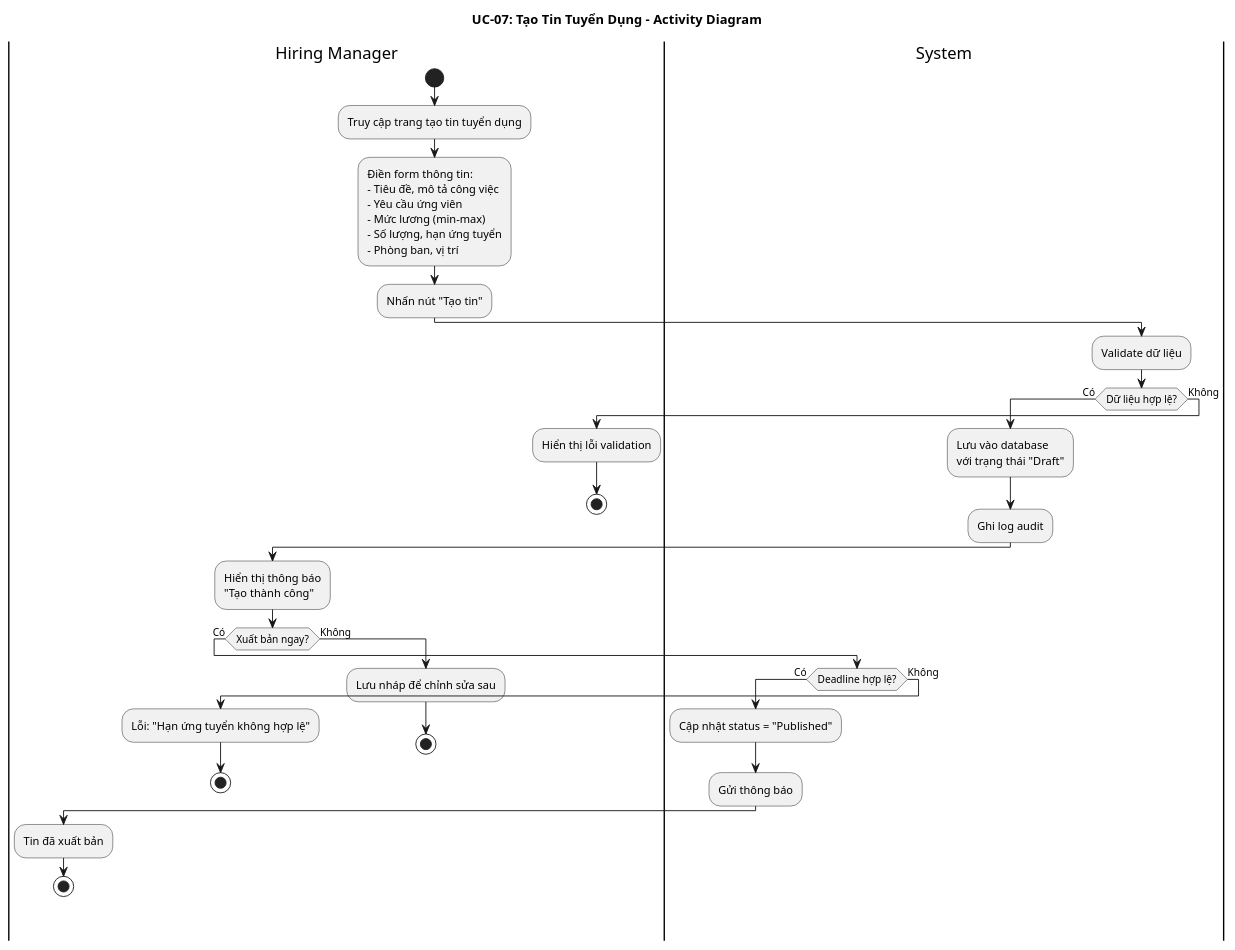
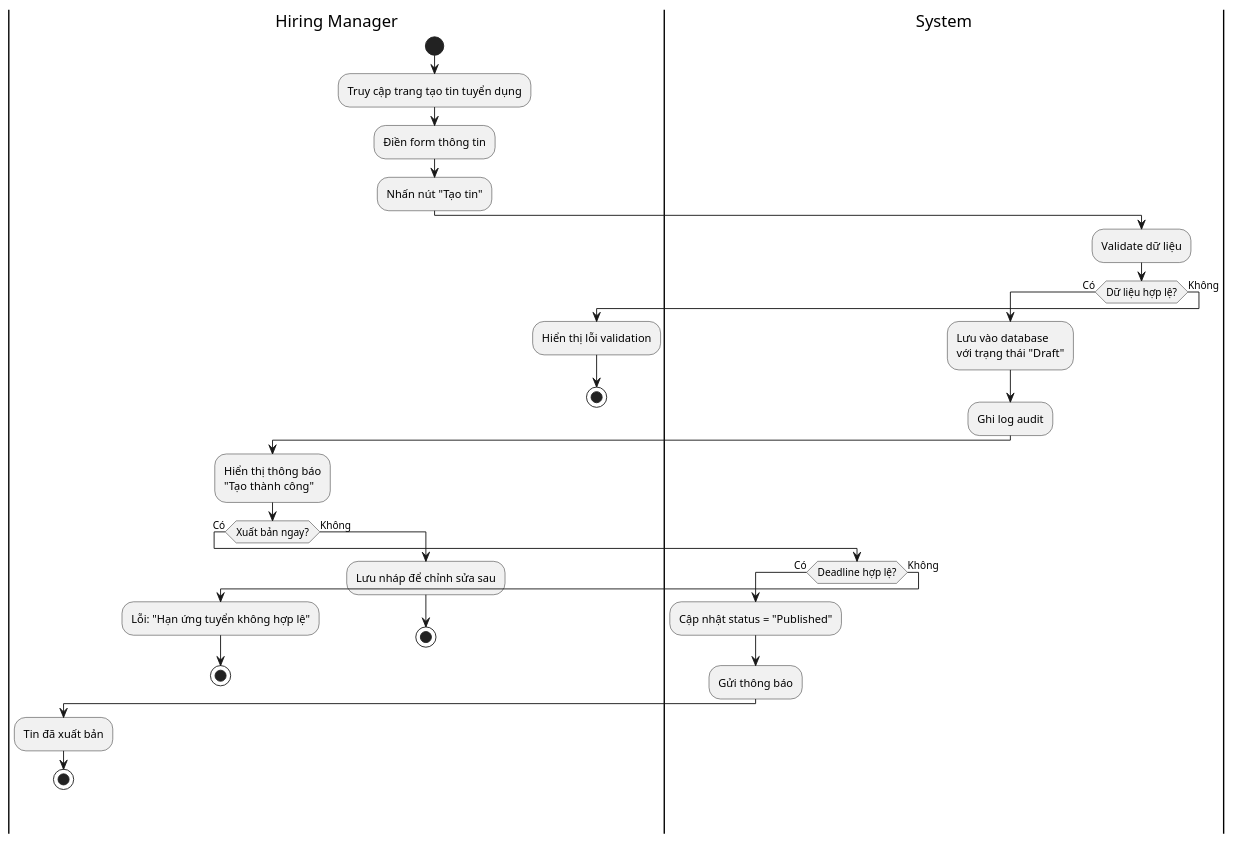
The diagram in sequence/UC-07/UC-07-activity-diagram.wsd (felix-253/TechLeet-server), drawn with PlantUML before and after one commit. The commit also changed other lines of this file and 3 other files, not shown here.

```diff
--- a/sequence/UC-07/UC-07-activity-diagram.wsd
+++ b/sequence/UC-07/UC-07-activity-diagram.wsd
@@ -1,56 +1,45 @@
-@startuml UC-07: Activity Diagram - Tạo Tin Tuyển Dụng
-
-
-
-title UC-07: Tạo Tin Tuyển Dụng - Activity Diagram
-
+@startuml
 |Hiring Manager|
 start
 
 :Truy cập trang tạo tin tuyển dụng;
 
-:Điền form thông tin:
-- Tiêu đề, mô tả công việc
-- Yêu cầu ứng viên
-- Mức lương (min-max)
-- Số lượng, hạn ứng tuyển
-- Phòng ban, vị trí;
+:Điền form thông tin;
 
 :Nhấn nút "Tạo tin";
 
 |System|
 :Validate dữ liệu;
 
 if (Dữ liệu hợp lệ?) then (Có)
   :Lưu vào database\nvới trạng thái "Draft";
   
   :Ghi log audit;
   
   |Hiring Manager|
   :Hiển thị thông báo\n"Tạo thành công";
   
   if (Xuất bản ngay?) then (Có)
     |System|
     if (Deadline hợp lệ?) then (Có)
       :Cập nhật status = "Published";
       :Gửi thông báo;
       |Hiring Manager|
       :Tin đã xuất bản;
       stop
     else (Không)
       |Hiring Manager|
       :Lỗi: "Hạn ứng tuyển không hợp lệ";
       stop
     endif
   else (Không)
     :Lưu nháp để chỉnh sửa sau;
     stop
   endif
   
 else (Không)
   |Hiring Manager|
   :Hiển thị lỗi validation;
   stop
 endif
-
 @enduml
```
